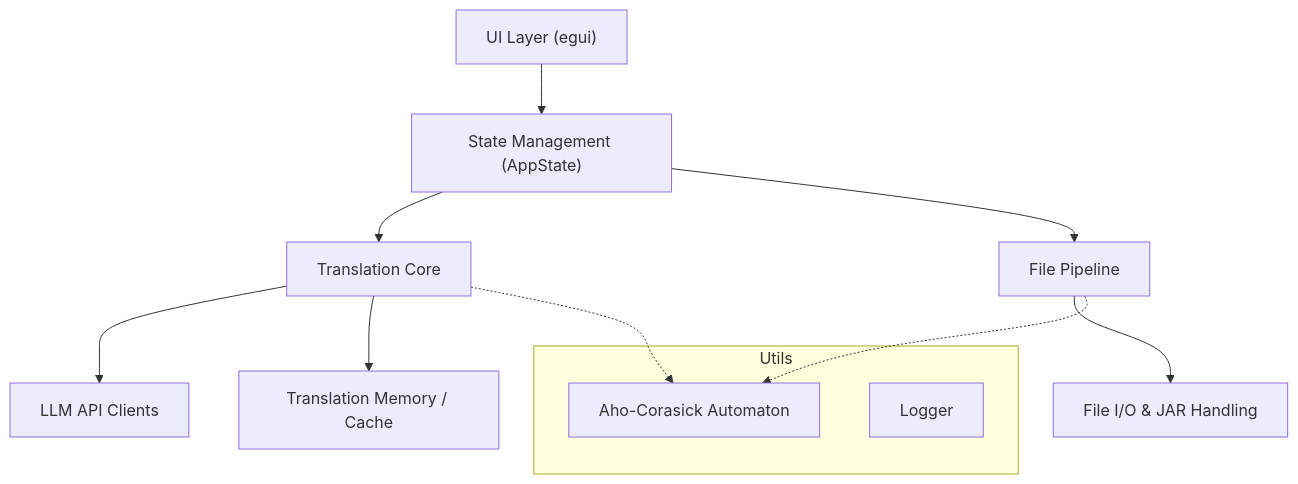
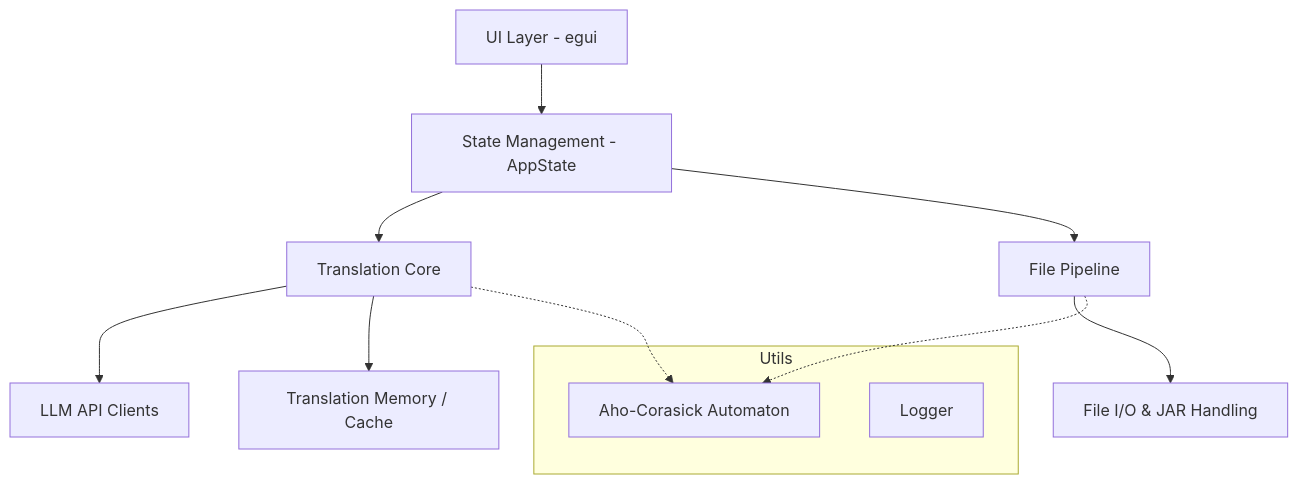
The first of 2 diagrams in docs/architecture/overview.md (mn12345678910/mc_translator), drawn with Mermaid before and after one commit. The commit also changed other lines of this file and 4 other files, not shown here.

Commit message:
文件：還原 Mermaid 圖表語法至原始規格（渲染問題已透過插件解決）

````diff
--- a/docs/architecture/overview.md
+++ b/docs/architecture/overview.md
@@ -8,17 +8,17 @@
 ```mermaid
 graph TD
-    UI["UI Layer (egui)"] --> State["State Management (AppState)"]
-    State --> Translation["Translation Core"]
-    State --> File["File Pipeline"]
-    Translation --> API["LLM API Clients"]
-    File --> IO["File I/O & JAR Handling"]
-    Translation --> Memory["Translation Memory / Cache"]
+    UI[UI Layer - egui] --> State[State Management - AppState]
+    State --> Translation[Translation Core]
+    State --> File[File Pipeline]
+    Translation --> API[LLM API Clients]
+    File --> IO[File I/O & JAR Handling]
+    Translation --> Memory[Translation Memory / Cache]
     
     subgraph "Utils"
-        AC["Aho-Corasick Automaton"]
-        Log["Logger"]
+        AC[Aho-Corasick Automaton]
+        Log[Logger]
     end
     
     Translation -.-> AC
     File -.-> AC
 ```
````
